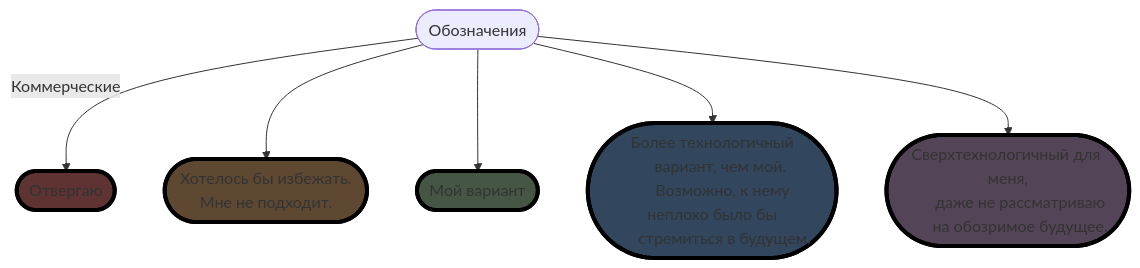
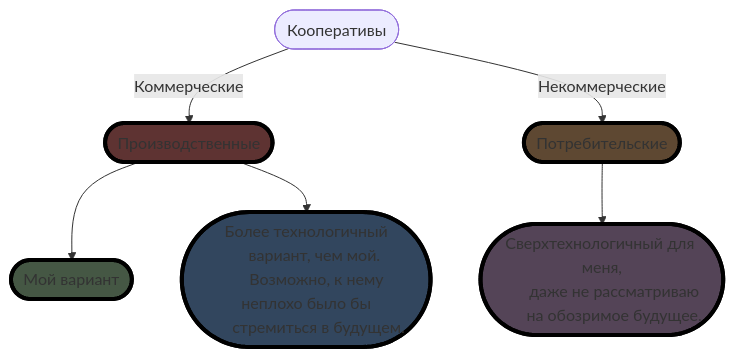
Before and after one commit to ufrs12/Coops: the diagram in README.md, drawn with Mermaid.

````diff
--- a/README.md
+++ b/README.md
@@ -7,29 +7,28 @@
 ```mermaid
 graph TD;
 classDef class1 fill:#544457, stroke:#000, stroke-width:4px
 classDef class2 fill:#32465e, stroke:#000, stroke-width:4px
 classDef class3 fill:#455744, stroke:#000, stroke-width:4px
 classDef class4 fill:#5e4832, stroke:#000, stroke-width:4px
 classDef class5 fill:#5e3332, stroke:#000, stroke-width:4px
 
    
-    A([Обозначения])
-    B([Отвергаю]):::class5
-    C([Хотелось бы избежать.
-      Мне не подходит.]):::class4
+    A([Кооперативы])
+    B([Производственные]):::class5
+    C([Потребительские]):::class4
     D([Мой вариант]):::class3
     E([Более технологичный
       вариант, чем мой.  
       Возможно, к нему неплохо было бы
       стремиться в будущем.]):::class2
     F([Сверхтехнологичный для меня,
       даже не рассматриваю
       на обозримое будущее.]):::class1
 
     A-->|Коммерческие| B;
-    A-->C;
-    A-->D;
-    A-->E;
-    A-->F;
+    A-->|Некоммерческие|C;
+    B-->D;
+    B-->E;
+    C-->F;
     click B "https://google.com";
 ```
````
